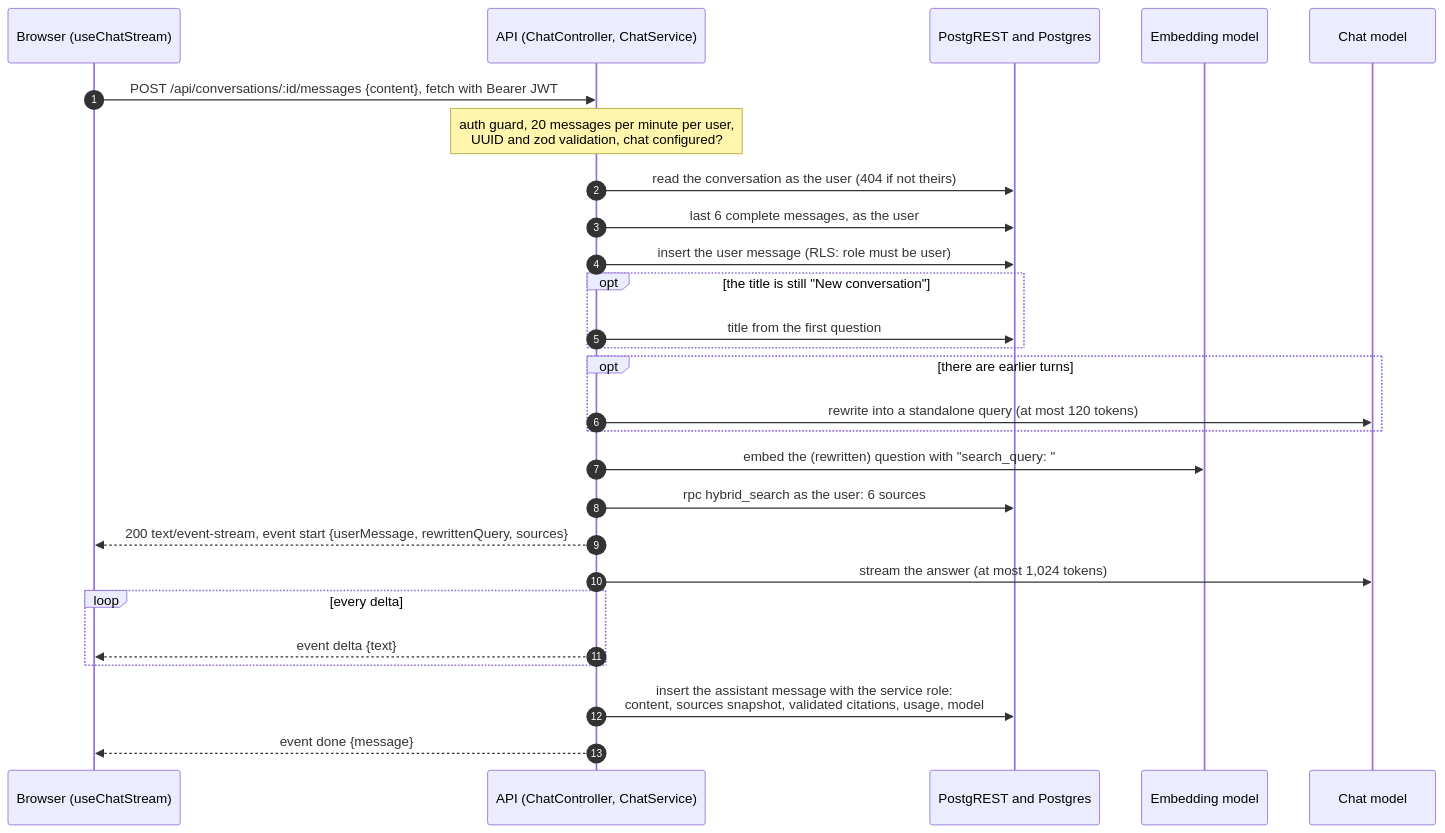
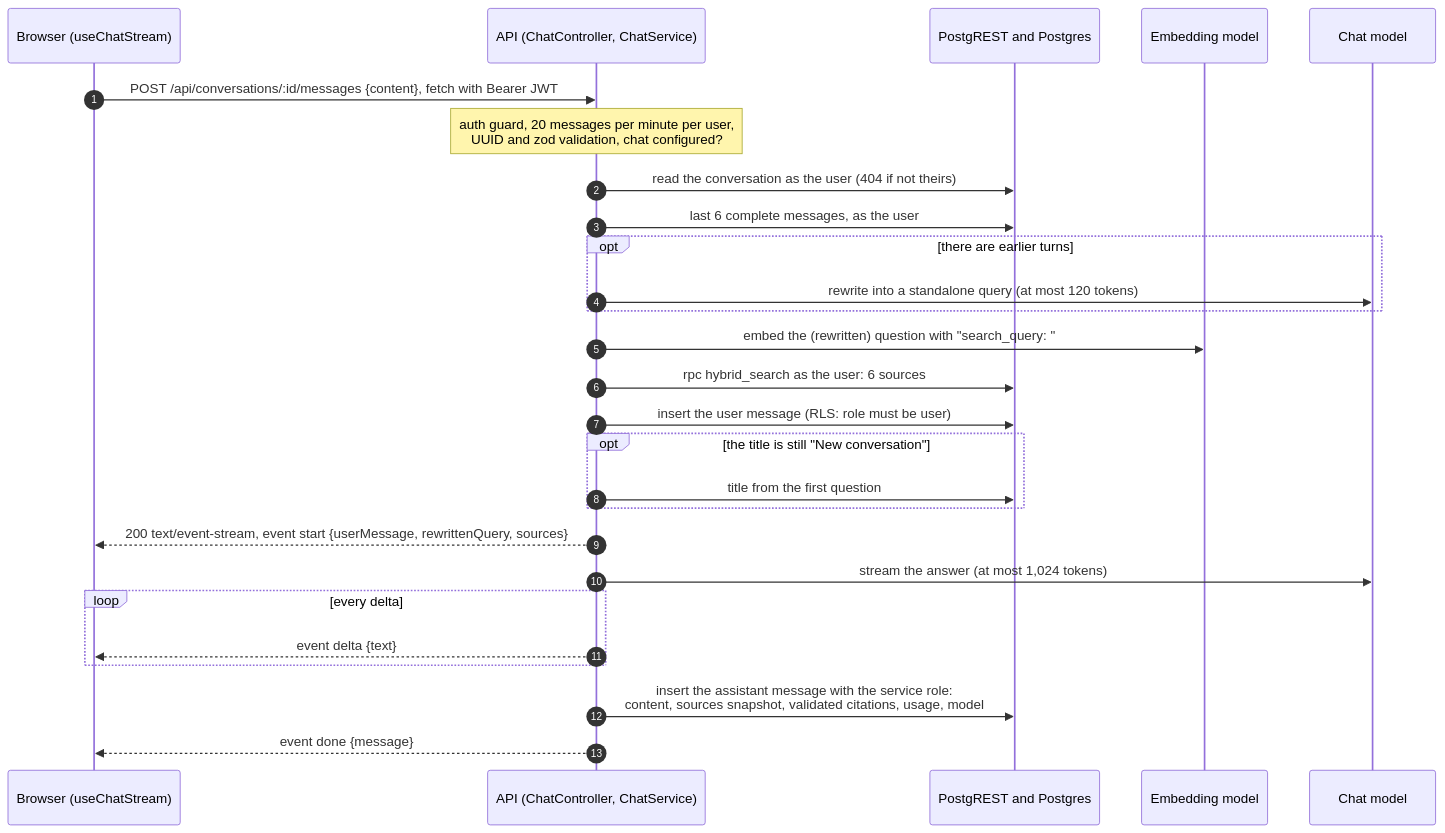
One commit to ali-el-mawla/ai-knowledge-base changed the second of 3 diagrams in docs/ARCHITECTURE.md. Above: the diagram before and after it, drawn with Mermaid. The commit also changed other lines of this file and 21 other files, not shown here.

````diff
--- a/docs/ARCHITECTURE.md
+++ b/docs/ARCHITECTURE.md
@@ -82,29 +82,29 @@
 ```mermaid
 sequenceDiagram
   autonumber
   participant B as Browser (useChatStream)
   participant C as API (ChatController, ChatService)
   participant P as PostgREST and Postgres
   participant E as Embedding model
   participant L as Chat model
   B->>C: POST /api/conversations/:id/messages {content}, fetch with Bearer JWT
   Note over C: auth guard, 20 messages per minute per user,<br/>UUID and zod validation, chat configured?
   C->>P: read the conversation as the user (404 if not theirs)
   C->>P: last 6 complete messages, as the user
-  C->>P: insert the user message (RLS: role must be user)
-  opt the title is still "New conversation"
-    C->>P: title from the first question
-  end
   opt there are earlier turns
     C->>L: rewrite into a standalone query (at most 120 tokens)
   end
   C->>E: embed the (rewritten) question with "search_query: "
   C->>P: rpc hybrid_search as the user: 6 sources
+  C->>P: insert the user message (RLS: role must be user)
+  opt the title is still "New conversation"
+    C->>P: title from the first question
+  end
   C-->>B: 200 text/event-stream, event start {userMessage, rewrittenQuery, sources}
   C->>L: stream the answer (at most 1,024 tokens)
   loop every delta
     C-->>B: event delta {text}
   end
   C->>P: insert the assistant message with the service role:<br/>content, sources snapshot, validated citations, usage, model
   C-->>B: event done {message}
 ```
````
